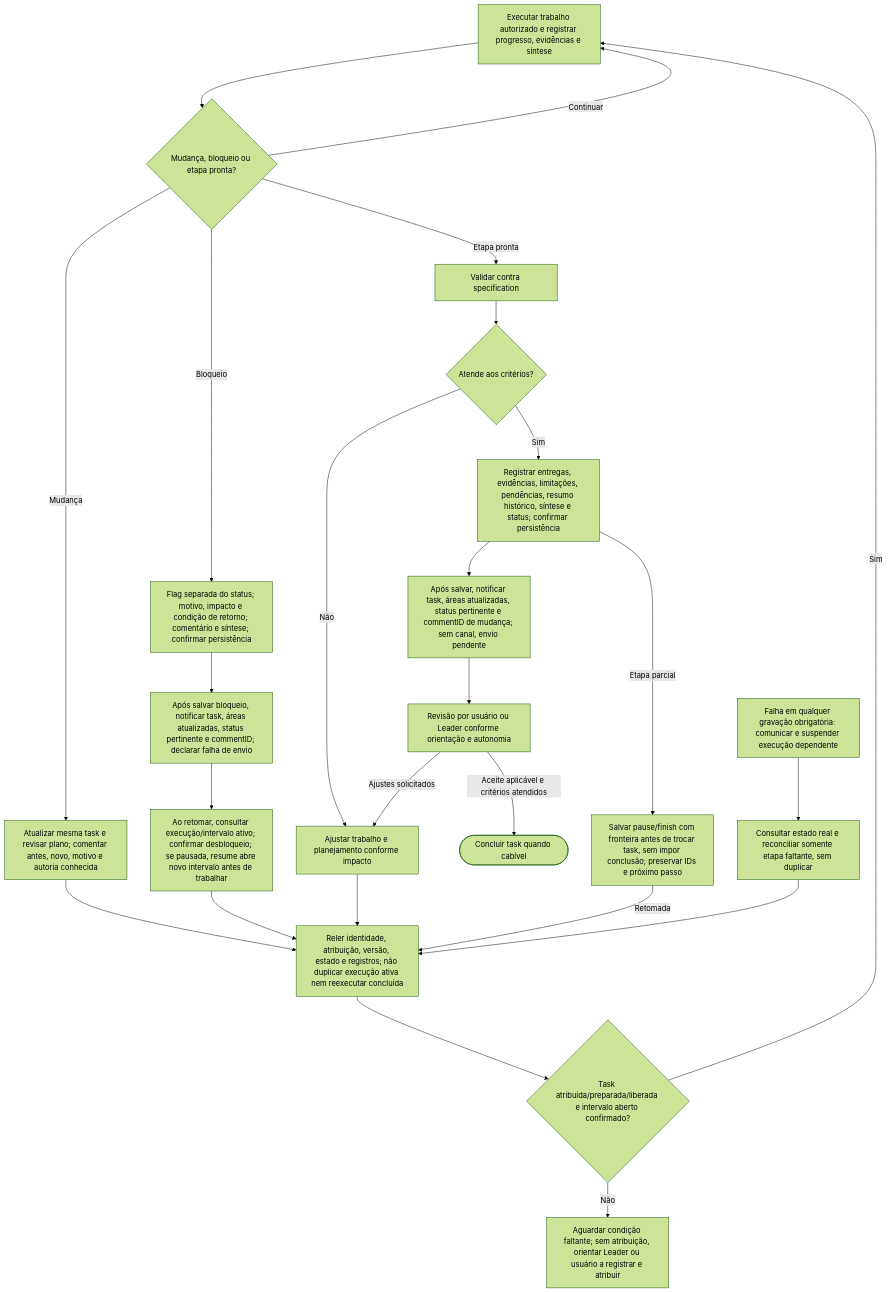
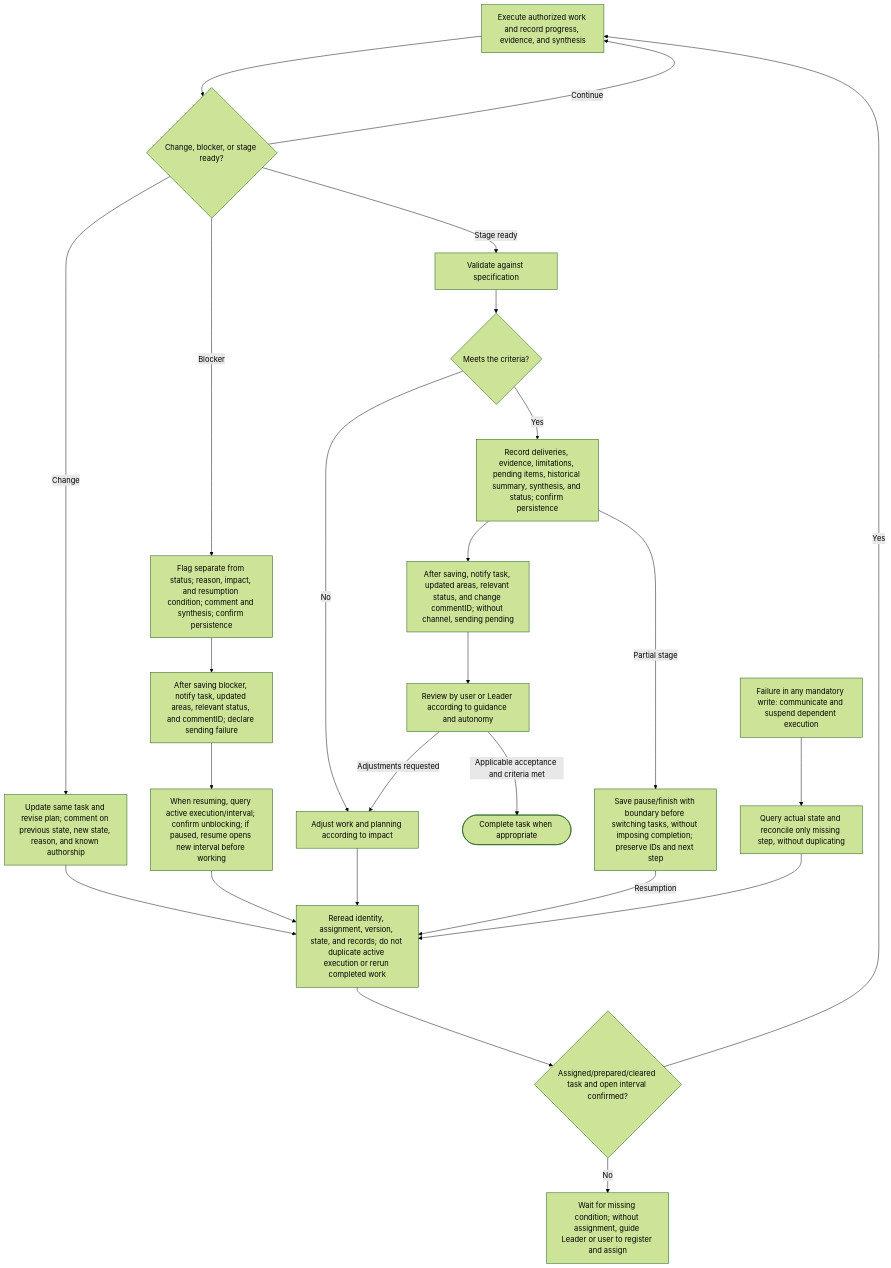
One commit to runvibe/beeteam changed the second of 2 diagrams in resources/bee-team/references/collaborator-workflow.md. Above: the diagram before and after it, drawn with Mermaid (forest theme). The commit also changed other lines of this file and 27 other files, not shown here.

````diff
--- a/resources/bee-team/references/collaborator-workflow.md
+++ b/resources/bee-team/references/collaborator-workflow.md
@@ -74,27 +74,27 @@
 ```mermaid
 flowchart TD
-    TRABALHO["Executar trabalho autorizado e registrar progresso, evidências e síntese"] --> EVENTO{"Mudança, bloqueio ou etapa pronta?"}
-    EVENTO -->|Continuar| TRABALHO
-    EVENTO -->|Mudança| MUDANCA["Atualizar mesma task e revisar plano; comentar antes, novo, motivo e autoria conhecida"]
+    TRABALHO["Execute authorized work and record progress, evidence, and synthesis"] --> EVENTO{"Change, blocker, or stage ready?"}
+    EVENTO -->|Continue| TRABALHO
+    EVENTO -->|Change| MUDANCA["Update same task and revise plan; comment on previous state, new state, reason, and known authorship"]
     MUDANCA --> REVALIDAR
-    EVENTO -->|Bloqueio| BLOQUEIO["Flag separada do status; motivo, impacto e condição de retorno; comentário e síntese; confirmar persistência"]
-    BLOQUEIO --> AVISOB["Após salvar bloqueio, notificar task, áreas atualizadas, status pertinente e commentID; declarar falha de envio"]
-    AVISOB --> RETOMADA["Ao retomar, consultar execução/intervalo ativo; confirmar desbloqueio; se pausada, resume abre novo intervalo antes de trabalhar"]
+    EVENTO -->|Blocker| BLOQUEIO["Flag separate from status; reason, impact, and resumption condition; comment and synthesis; confirm persistence"]
+    BLOQUEIO --> AVISOB["After saving blocker, notify task, updated areas, relevant status, and commentID; declare sending failure"]
+    AVISOB --> RETOMADA["When resuming, query active execution/interval; confirm unblocking; if paused, resume opens new interval before working"]
     RETOMADA --> REVALIDAR
-    EVENTO -->|Etapa pronta| TESTAR["Validar contra specification"]
-    TESTAR --> RESULTADO{"Atende aos critérios?"}
-    RESULTADO -->|Não| AJUSTES["Ajustar trabalho e planejamento conforme impacto"]
+    EVENTO -->|Stage ready| TESTAR["Validate against specification"]
+    TESTAR --> RESULTADO{"Meets the criteria?"}
+    RESULTADO -->|No| AJUSTES["Adjust work and planning according to impact"]
     AJUSTES --> REVALIDAR
-    RESULTADO -->|Sim| ENTREGA["Registrar entregas, evidências, limitações, pendências, resumo histórico, síntese e status; confirmar persistência"]
-    ENTREGA --> AVISOR["Após salvar, notificar task, áreas atualizadas, status pertinente e commentID de mudança; sem canal, envio pendente"]
-    AVISOR --> REVISAO["Revisão por usuário ou Leader conforme orientação e autonomia"]
-    REVISAO -->|Ajustes solicitados| AJUSTES
-    REVISAO -->|Aceite aplicável e critérios atendidos| CONCLUIR(["Concluir task quando cabível"])
-    ENTREGA -->|Etapa parcial| PARCIAL["Salvar pause/finish com fronteira antes de trocar task, sem impor conclusão; preservar IDs e próximo passo"]
-    PARCIAL -->|Retomada| REVALIDAR
-    FALHA["Falha em qualquer gravação obrigatória: comunicar e suspender execução dependente"] --> RECUPERAR["Consultar estado real e reconciliar somente etapa faltante, sem duplicar"]
+    RESULTADO -->|Yes| ENTREGA["Record deliveries, evidence, limitations, pending items, historical summary, synthesis, and status; confirm persistence"]
+    ENTREGA --> AVISOR["After saving, notify task, updated areas, relevant status, and change commentID; without channel, sending pending"]
+    AVISOR --> REVISAO["Review by user or Leader according to guidance and autonomy"]
+    REVISAO -->|Adjustments requested| AJUSTES
+    REVISAO -->|Applicable acceptance and criteria met| CONCLUIR(["Complete task when appropriate"])
+    ENTREGA -->|Partial stage| PARCIAL["Save pause/finish with boundary before switching tasks, without imposing completion; preserve IDs and next step"]
+    PARCIAL -->|Resumption| REVALIDAR
+    FALHA["Failure in any mandatory write: communicate and suspend dependent execution"] --> RECUPERAR["Query actual state and reconcile only missing step, without duplicating"]
     RECUPERAR --> REVALIDAR
-    REVALIDAR["Reler identidade, atribuição, versão, estado e registros; não duplicar execução ativa nem reexecutar concluída"] --> PRONTO{"Task atribuída/preparada/liberada e intervalo aberto confirmado?"}
-    PRONTO -->|Sim| TRABALHO
-    PRONTO -->|Não| ESPERA["Aguardar condição faltante; sem atribuição, orientar Leader ou usuário a registrar e atribuir"]
+    REVALIDAR["Reread identity, assignment, version, state, and records; do not duplicate active execution or rerun completed work"] --> PRONTO{"Assigned/prepared/cleared task and open interval confirmed?"}
+    PRONTO -->|Yes| TRABALHO
+    PRONTO -->|No| ESPERA["Wait for missing condition; without assignment, guide Leader or user to register and assign"]
 ```
````
